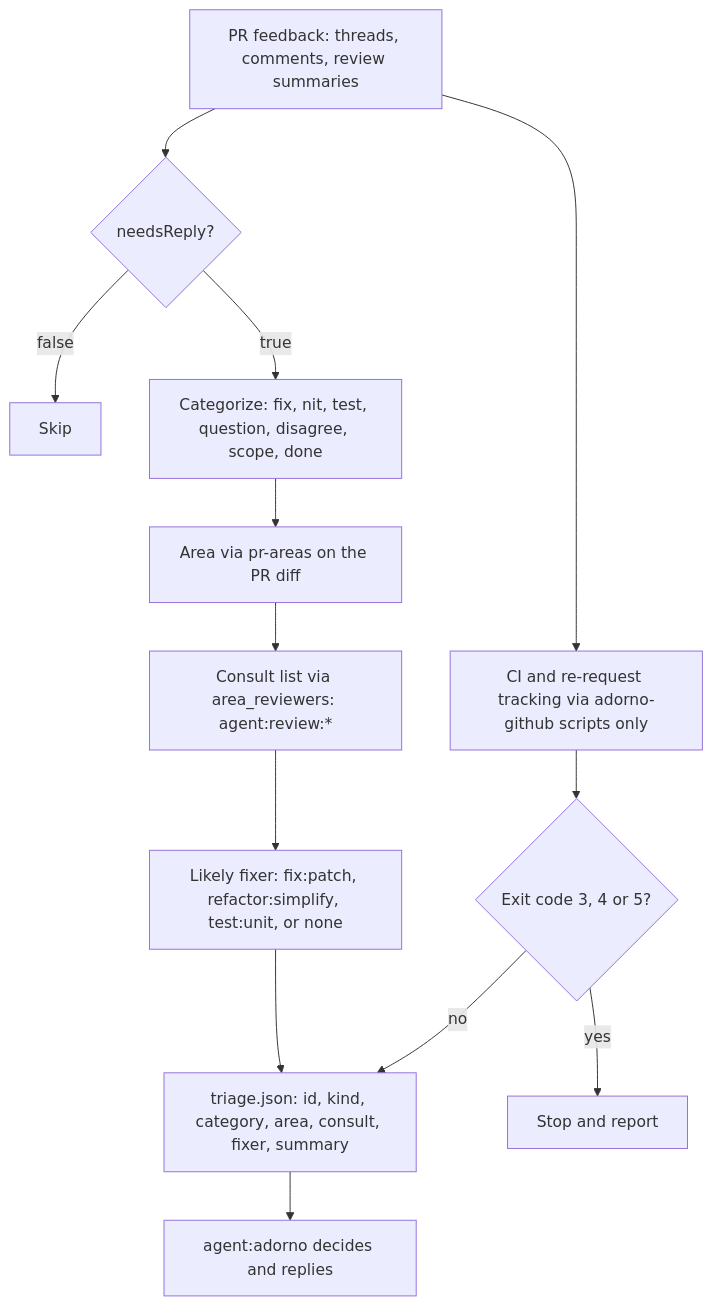
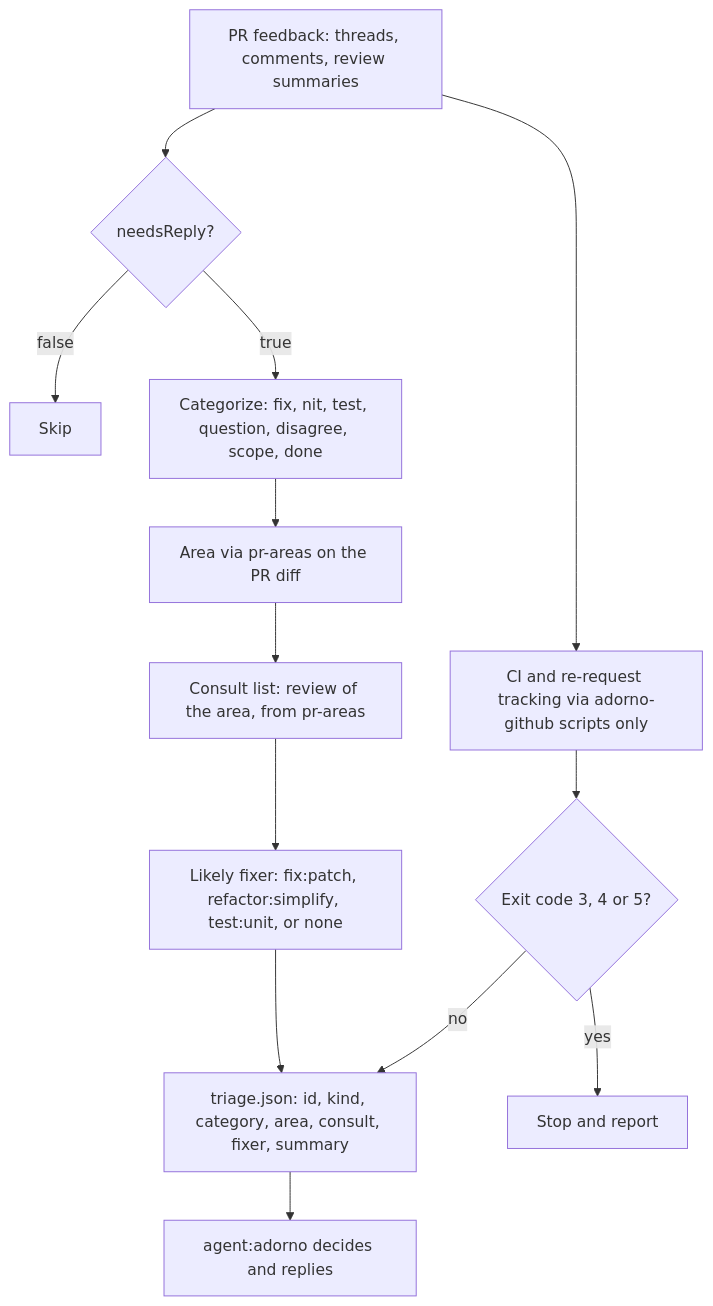
One commit to nicolasmondain/adorno changed the fifth of 5 diagrams in src/agents/core/SCHEMA.md. Above: the diagram before and after it, drawn with Mermaid. The commit also changed 52 other files, not shown here.

Commit message:
feat(workflows): dispatch build, fix, perf and review from the area table

````diff
--- a/src/agents/core/SCHEMA.md
+++ b/src/agents/core/SCHEMA.md
@@ -88,15 +88,15 @@
 ```mermaid
 flowchart TD
   A["PR feedback: threads, comments, review summaries"] --> B{"needsReply?"}
   B -->|"false"| X["Skip"]
   B -->|"true"| C["Categorize: fix, nit, test, question, disagree, scope, done"]
   C --> D["Area via pr-areas on the PR diff"]
-  D --> E["Consult list via area_reviewers: agent:review:*"]
+  D --> E["Consult list: review of the area, from pr-areas"]
   E --> F["Likely fixer: fix:patch, refactor:simplify, test:unit, or none"]
   F --> G["triage.json: id, kind, category, area, consult, fixer, summary"]
   G --> H["agent:adorno decides and replies"]
   A --> I["CI and re-request tracking via adorno-github scripts only"]
   I --> J{"Exit code 3, 4 or 5?"}
   J -->|"yes"| K["Stop and report"]
   J -->|"no"| G
 ```
````
